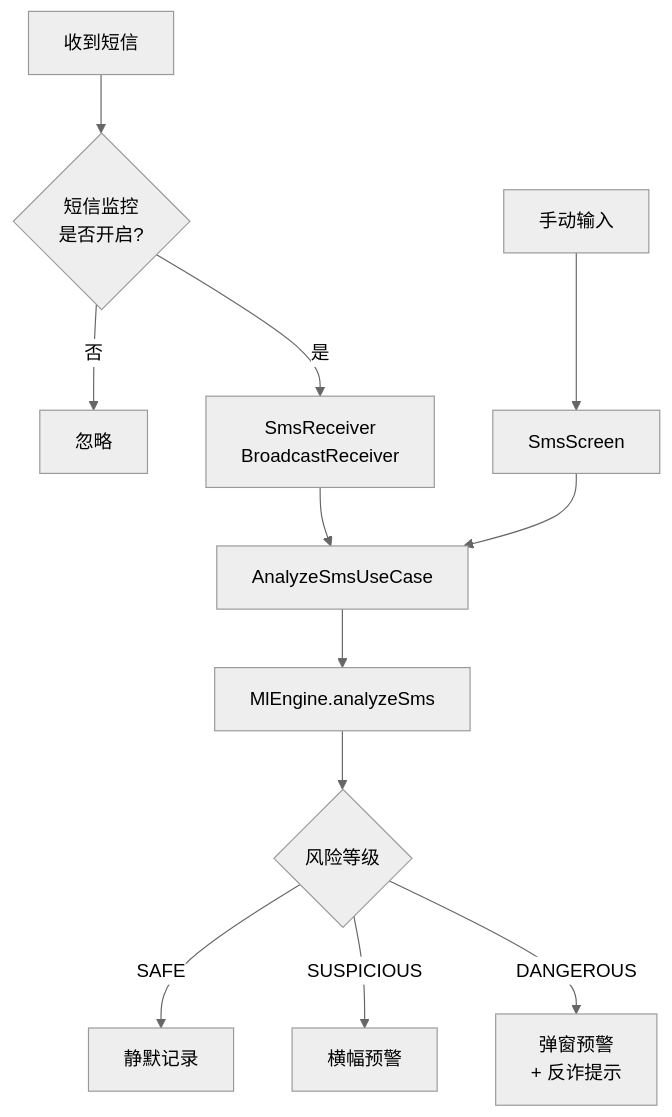
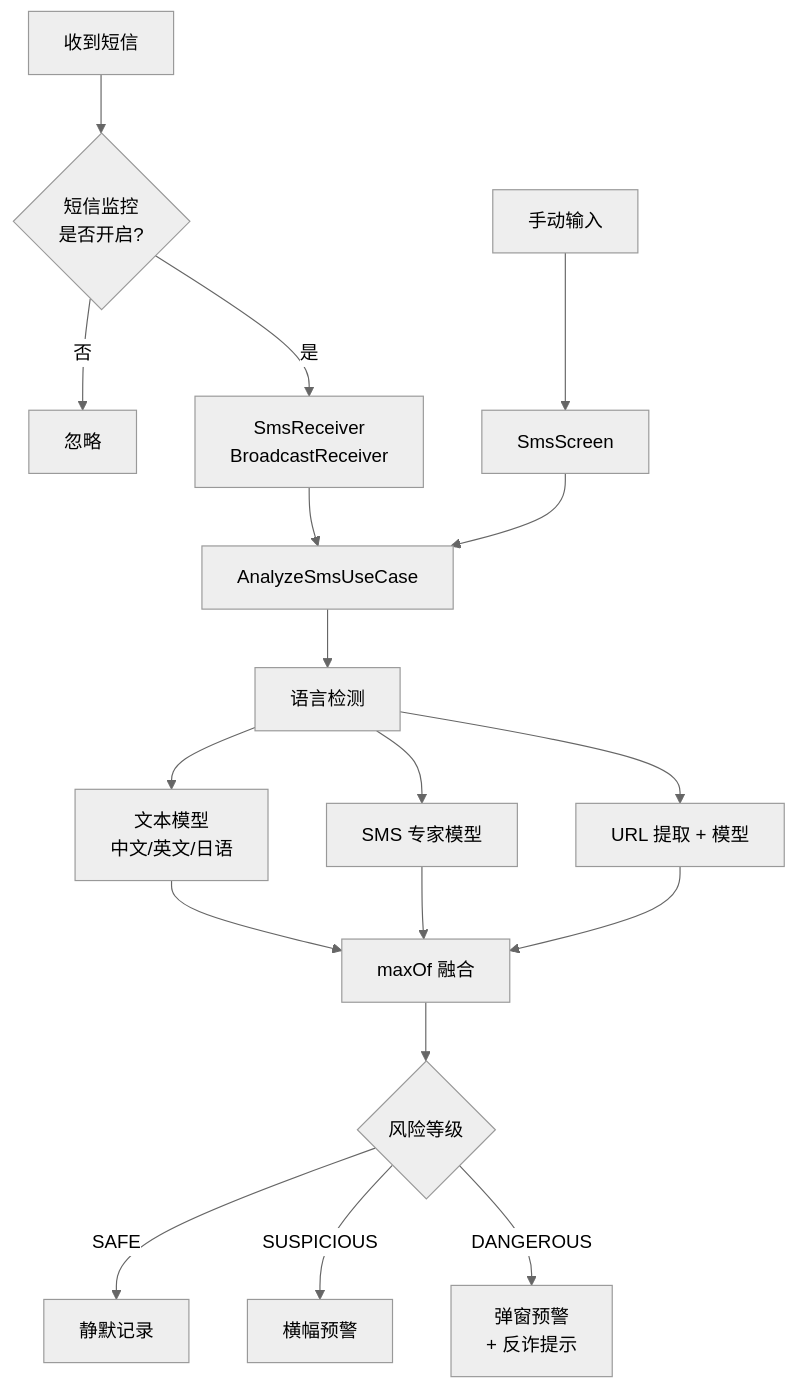
The third of 3 diagrams in readme/README.zh-CN.md (Tianshang301/TianshangGuard), drawn with Mermaid (neutral theme) before and after one commit. The commit also changed other lines of this file and 1 other file, not shown here.

````diff
--- a/readme/README.zh-CN.md
+++ b/readme/README.zh-CN.md
@@ -87,15 +88,21 @@
 ```mermaid
 flowchart TD
     A[收到短信] --> B{短信监控<br/>是否开启?}
     B -->|否| C[忽略]
     B -->|是| D[SmsReceiver<br/>BroadcastReceiver]
     D --> E[AnalyzeSmsUseCase]
-    E --> F[MlEngine.analyzeSms]
-    F --> G{风险等级}
-    G -->|SAFE| H[静默记录]
-    G -->|SUSPICIOUS| I[横幅预警]
-    G -->|DANGEROUS| J[弹窗预警<br/>+ 反诈提示]
+    E --> F[语言检测]
+    F --> G[文本模型<br/>中文/英文/日语]
+    F --> H[SMS 专家模型]
+    F --> I[URL 提取 + 模型]
+    G --> J[maxOf 融合]
+    H --> J
+    I --> J
+    J --> K{风险等级}
+    K -->|SAFE| L[静默记录]
+    K -->|SUSPICIOUS| M[横幅预警]
+    K -->|DANGEROUS| N[弹窗预警<br/>+ 反诈提示]
 
-    K[手动输入] --> L[SmsScreen]
-    L --> E
+    O[手动输入] --> P[SmsScreen]
+    P --> E
 ```
````
